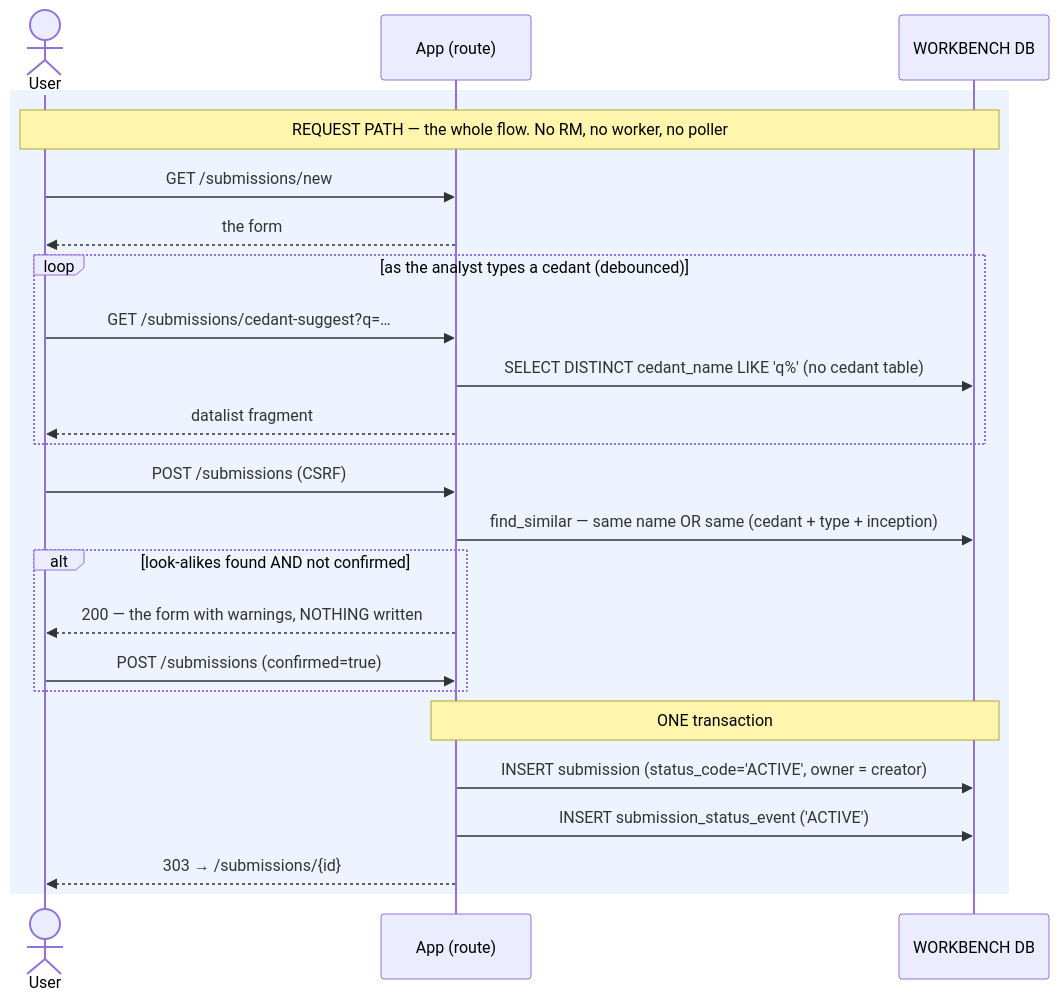
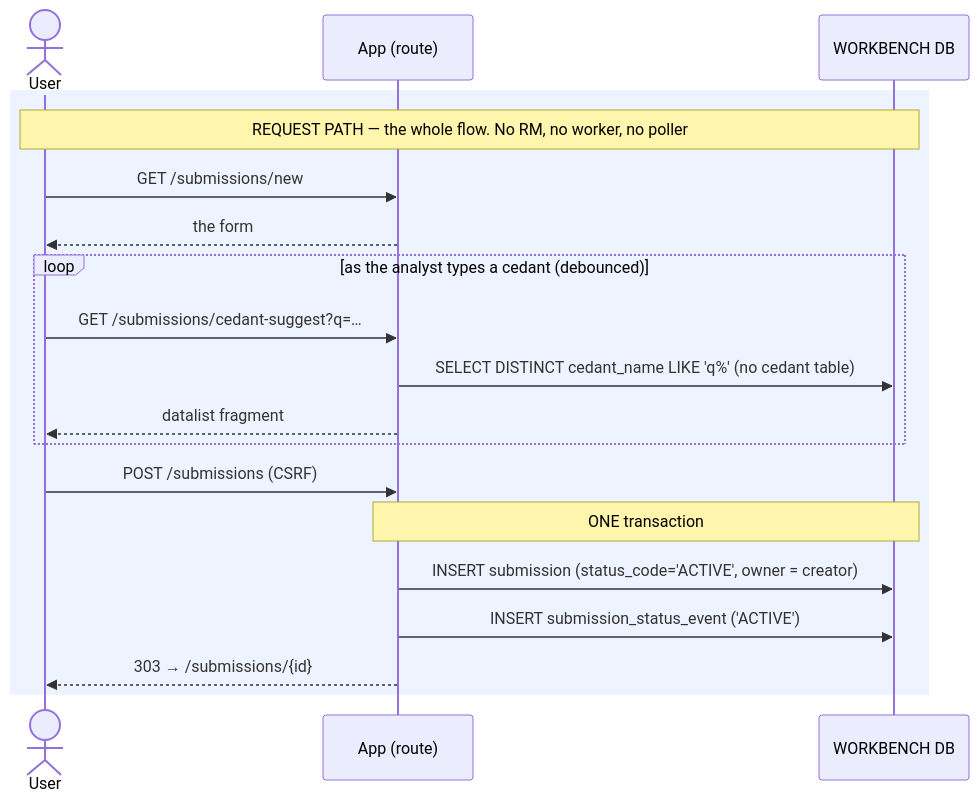
One commit to anilvenugopal/risk-workbench changed the diagram in docs/sequence_diagrams/submissions/create_submission.md. Above: the diagram before and after it, drawn with Mermaid. The commit also changed other lines of this file and 3 other files, not shown here.

````diff
--- a/docs/sequence_diagrams/submissions/create_submission.md
+++ b/docs/sequence_diagrams/submissions/create_submission.md
@@ -41,28 +29,23 @@
 ```mermaid
 sequenceDiagram
     actor User
     participant App as App (route)
     participant DB as WORKBENCH DB
 
     rect rgb(238,244,255)
         Note over User,DB: REQUEST PATH — the whole flow. No RM, no worker, no poller
         User->>App: GET /submissions/new
         App-->>User: the form
         loop as the analyst types a cedant (debounced)
             User->>App: GET /submissions/cedant-suggest?q=…
             App->>DB: SELECT DISTINCT cedant_name LIKE 'q%' (no cedant table)
             App-->>User: datalist fragment
         end
 
         User->>App: POST /submissions (CSRF)
-        App->>DB: find_similar — same name OR same (cedant + type + inception)
-        alt look-alikes found AND not confirmed
-            App-->>User: 200 — the form with warnings, NOTHING written
-            User->>App: POST /submissions (confirmed=true)
-        end
         Note over App,DB: ONE transaction
         App->>DB: INSERT submission (status_code='ACTIVE', owner = creator)
         App->>DB: INSERT submission_status_event ('ACTIVE')
         App-->>User: 303 → /submissions/{id}
     end
 ```
````
